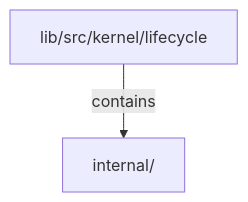
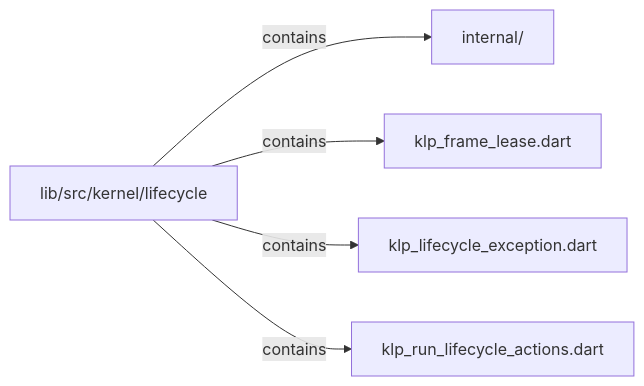
Before and after one commit to MiuDog/Kallopis: the diagram in docs/architecture/src/kernel/lifecycle/README.md, drawn with Mermaid. The commit also changed other lines of this file and 9688 other files, not shown here.

Commit message:
Prepare isolated Flow F2 peer baseline

````diff
--- a/docs/architecture/src/kernel/lifecycle/README.md
+++ b/docs/architecture/src/kernel/lifecycle/README.md
@@ -21,6 +27,12 @@
 ```mermaid
-flowchart TD
+flowchart LR
 	n0["lib/src/kernel/lifecycle"]
 	n1["internal/"]
+	n2["klp_frame_lease.dart"]
+	n3["klp_lifecycle_exception.dart"]
+	n4["klp_run_lifecycle_actions.dart"]
 	n0 -->|"contains"| n1
+	n0 -->|"contains"| n2
+	n0 -->|"contains"| n3
+	n0 -->|"contains"| n4
 ```
````
